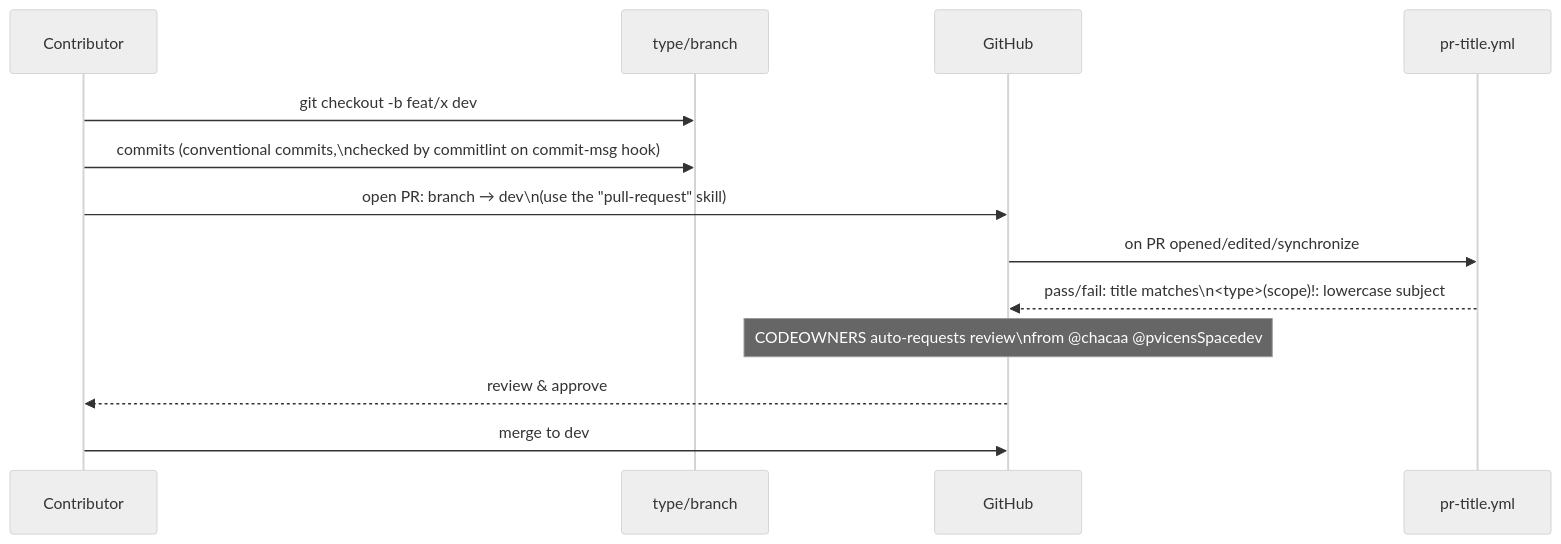
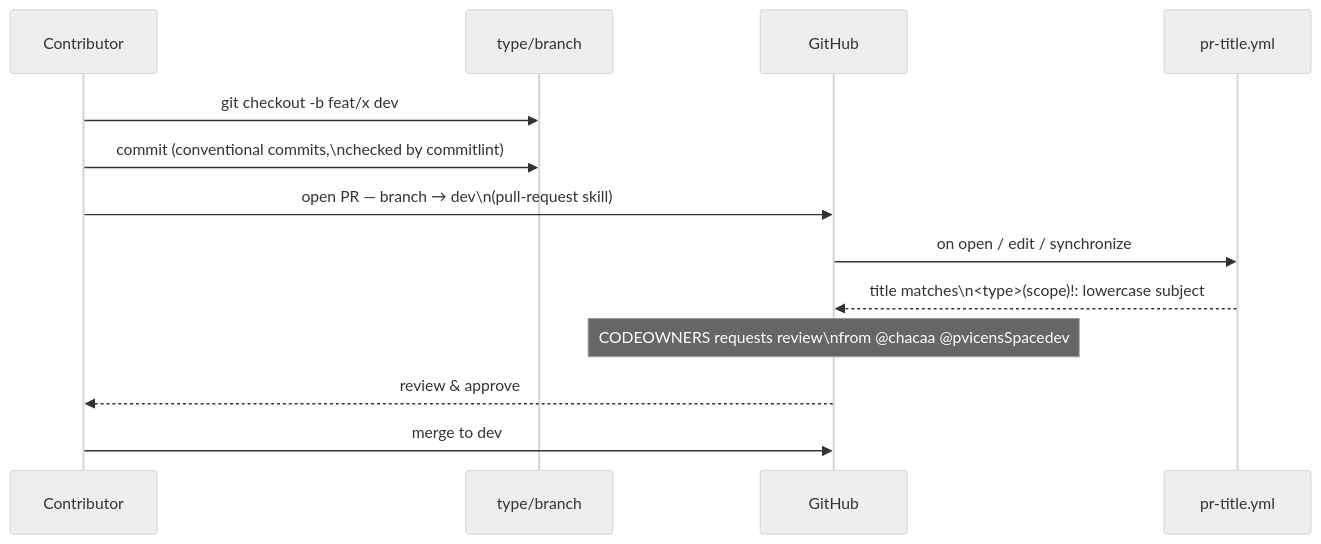
The second of 5 diagrams in COLLABORATION_FLOW.md (SpaceUY/pulsar-ui), drawn with Mermaid (neutral theme) before and after one commit. The commit also changed other lines of this file and 10 other files, not shown here.

````diff
--- a/COLLABORATION_FLOW.md
+++ b/COLLABORATION_FLOW.md
@@ -62,16 +132,16 @@
 ```mermaid
 sequenceDiagram
     participant Dev as Contributor
     participant Branch as type/branch
     participant GH as GitHub
     participant CI as pr-title.yml
 
     Dev->>Branch: git checkout -b feat/x dev
-    Dev->>Branch: commits (conventional commits,\nchecked by commitlint on commit-msg hook)
-    Dev->>GH: open PR: branch → dev\n(use the "pull-request" skill)
-    GH->>CI: on PR opened/edited/synchronize
-    CI-->>GH: pass/fail: title matches\n<type>(scope)!: lowercase subject
-    Note over GH: CODEOWNERS auto-requests review\nfrom @chacaa @pvicensSpacedev
+    Dev->>Branch: commit (conventional commits,\nchecked by commitlint)
+    Dev->>GH: open PR — branch → dev\n(pull-request skill)
+    GH->>CI: on open / edit / synchronize
+    CI-->>GH: title matches\n<type>(scope)!: lowercase subject
+    Note over GH: CODEOWNERS requests review\nfrom @chacaa @pvicensSpacedev
     GH-->>Dev: review & approve
     Dev->>GH: merge to dev
 ```
````
